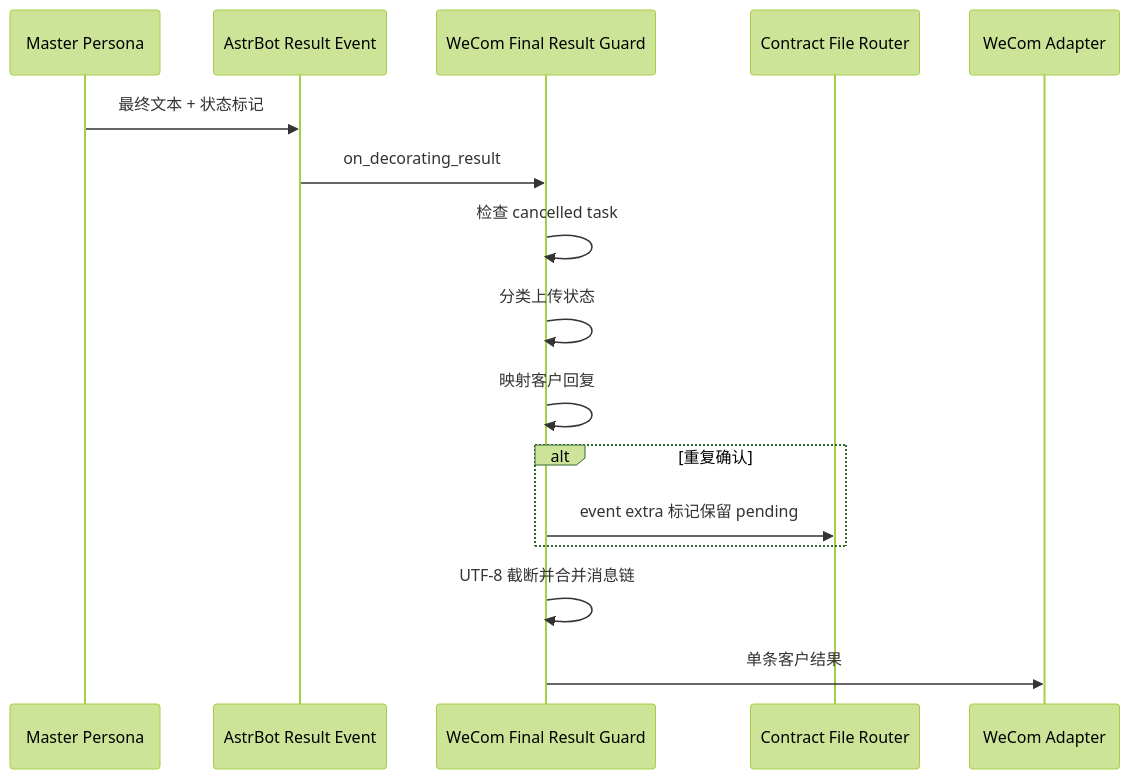
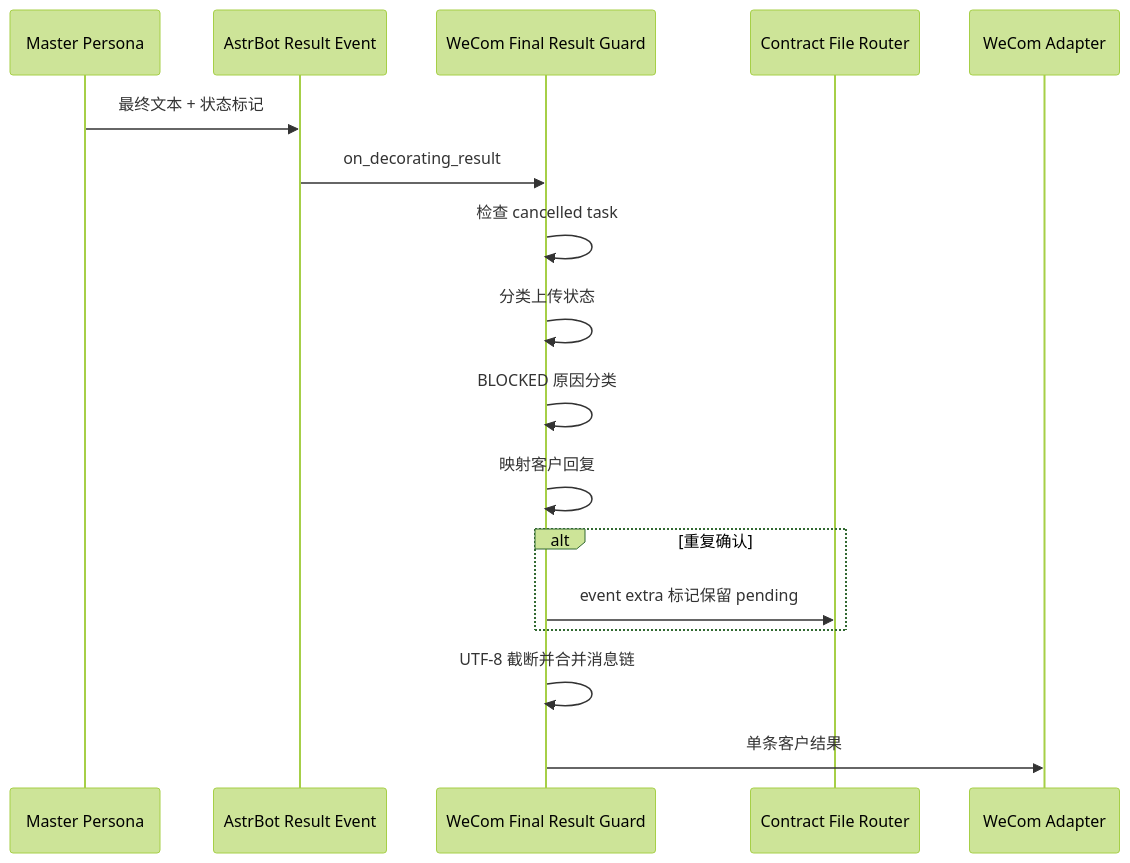
The second of 3 diagrams in plugins/astrbot_plugin_wecom_final_result_guard/README.md (Ri0n72Y/ContractBotConfig), drawn with Mermaid (forest theme) before and after one commit. The commit also changed other lines of this file, not shown here.

Commit message:
docs: document blocked reason mapping

````diff
--- a/plugins/astrbot_plugin_wecom_final_result_guard/README.md
+++ b/plugins/astrbot_plugin_wecom_final_result_guard/README.md
@@ -50,19 +51,20 @@
 ```mermaid
 sequenceDiagram
     participant A as Master Persona
     participant E as AstrBot Result Event
     participant G as WeCom Final Result Guard
     participant R as Contract File Router
     participant W as WeCom Adapter
 
     A->>E: 最终文本 + 状态标记
     E->>G: on_decorating_result
     G->>G: 检查 cancelled task
     G->>G: 分类上传状态
+    G->>G: BLOCKED 原因分类
     G->>G: 映射客户回复
     alt 重复确认
         G->>R: event extra 标记保留 pending
     end
     G->>G: UTF-8 截断并合并消息链
     G->>W: 单条客户结果
 ```
````
